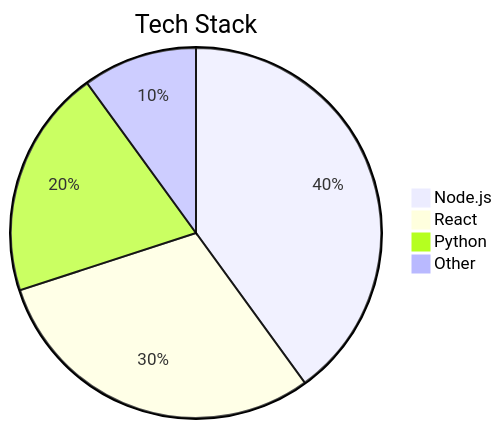
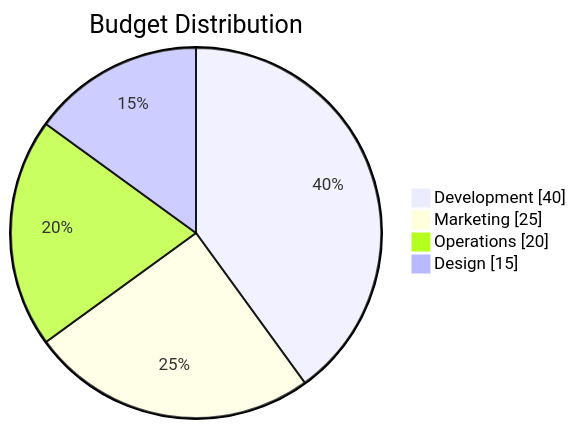
Diagram 12 of 22 in docs/03-features/mermaid.md (satoshiman/mdsvr), drawn with Mermaid before and after one commit. The commit also changed other lines of this file and 1 other file, not shown here.

First line of the commit message:
Docs/update mermaid demo (#18)

````diff
--- a/docs/03-features/mermaid.md
+++ b/docs/03-features/mermaid.md
@@ -52,8 +371,7 @@
 ```mermaid
-pie
-    title Tech Stack
-    "Node.js" : 40
-    "React" : 30
-    "Python" : 20
-    "Other" : 10
+pie showData title Budget Distribution
+    "Development" : 40
+    "Marketing" : 25
+    "Operations" : 20
+    "Design" : 15
 ```
````
